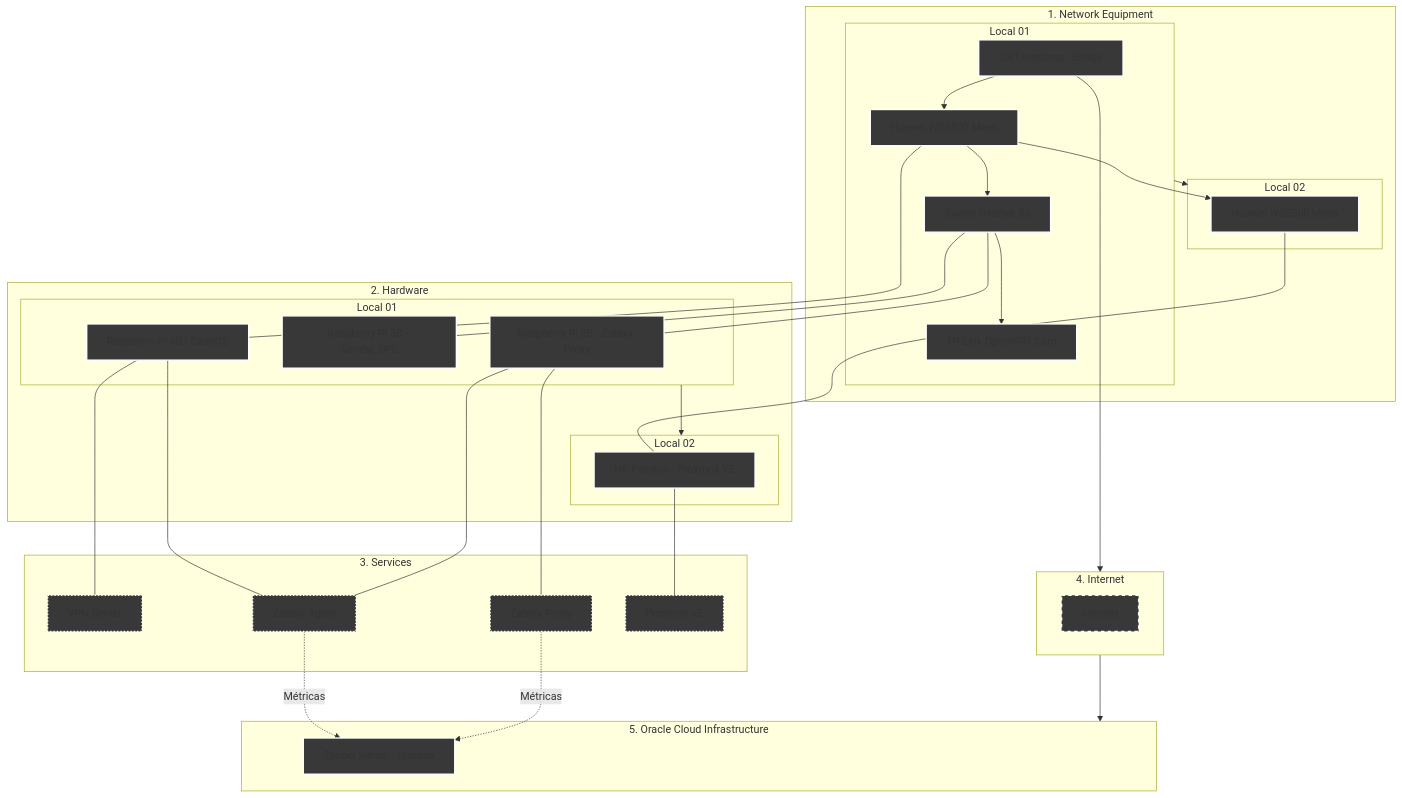
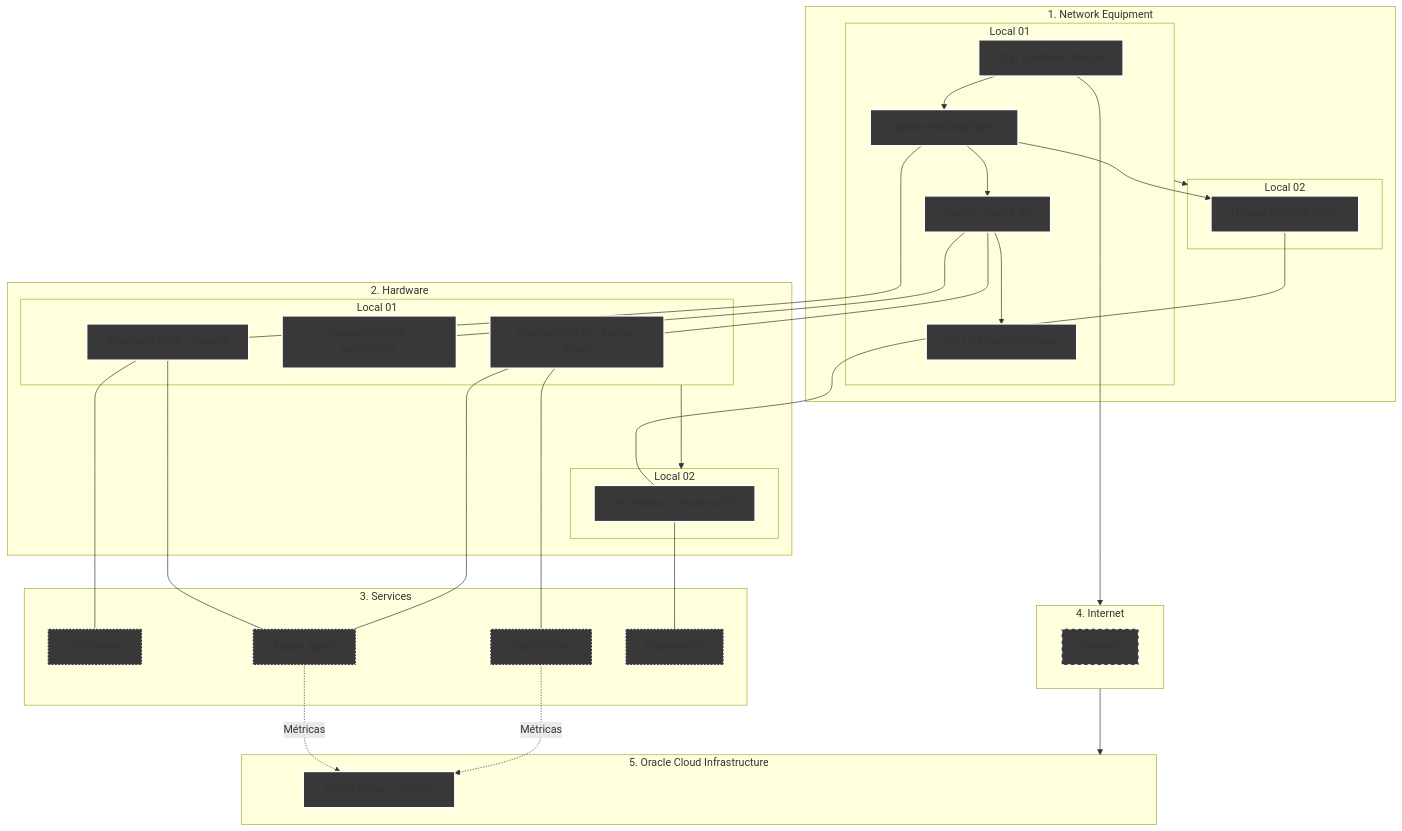
One commit to kevindexter22/Dr-Hardware-Autonet changed the diagram in Infraestructure/README.md. Above: the diagram before and after it, drawn with Mermaid.

````diff
--- a/Infraestructure/README.md
+++ b/Infraestructure/README.md
@@ -13,63 +13,63 @@
 ```mermaid
 graph TD
     %% Styles
     classDef network fill:#383838,stroke:#FFFFFF,stroke-width:2px;
     classDef hardware fill:#383838,stroke:#FFFFFF,stroke-width:2px;
     classDef internet fill:#383838,stroke:#FFFFFF,stroke-width:2px,stroke-dasharray: 5 5;
     classDef services fill:#383838,stroke:#FFFFFF,stroke-width:2px, stroke-dasharray: 2 3;
     classDef oci fill:#383838,stroke:#FFFFFF,stroke-width:2px;
 
     %% 1. NETWORK EQUIPMENT
     subgraph Principal["1. Network Equipment"]
     subgraph S1 [Local 01]
         ONT[ONT Intelbras - Bridge]:::network --> R_Mesh1[Huawei WS5800 Mesh]:::network
         R_Mesh1 --> SW1[Switch Overtek 8p]:::network
         SW1 --> R_Cams[TP-Link OpenWRT Cam]:::network    
     end
     subgraph S2 [Local 02]
         R_Mesh1 --> R_Mesh2[Huawei WS5800 Mesh]:::network
     end
     S1 --> S2
     end
     
     %% 2. HARDWARE
     subgraph Principal02["2. Hardware"]
     subgraph S3 [Local 01]
         R_Mesh1 --- RPi4B[Raspberry Pi 4B - CasaOS]:::hardware
         SW1 --- RPi3B_1[Raspberry Pi 3B - Samba_OPL]:::hardware
         SW1 --- RPi3B_2[Raspberry Pi 3B - Zabbix Proxy]:::hardware
     end
     subgraph S4 [Local 02]
         R_Mesh2 --- HP[HP Pavilion - Proxmox VE]:::hardware
     end
-    S3 --> S4
+    S3 ---> S4
     end
 
     %% 3. SERVICES     
     subgraph S5 [3. Services];
         RPi4B --- VPN[VPN Server]:::services
         RPi4B --- ZA[Zabbix Agent]:::services
         RPi3B_2 --- ZA[Zabbix Agent]:::services
         RPi3B_2 --- ZP[Zabbix Proxy]:::services
         HP --- PVE[Proxmox VE]:::services        
     end
 
     %% 4. Internet (The Bridge)
     subgraph S6 [4. Internet]
            internet[Internet]:::internet
     end
 
     %% 5. Oracle Cloud Infrastructure
     subgraph S7 [5. Oracle Cloud Infrastructure]
         ZS[Zabbix Server - Grafana]:::oci
     end
 
     %% Conections of data flow
     ONT --> S6
     S6 --> S7
     
     %% Logical conections
     ZA -.-> |Métricas| ZS
     ZP -.-> |Métricas| ZS 
 
 ```
````
